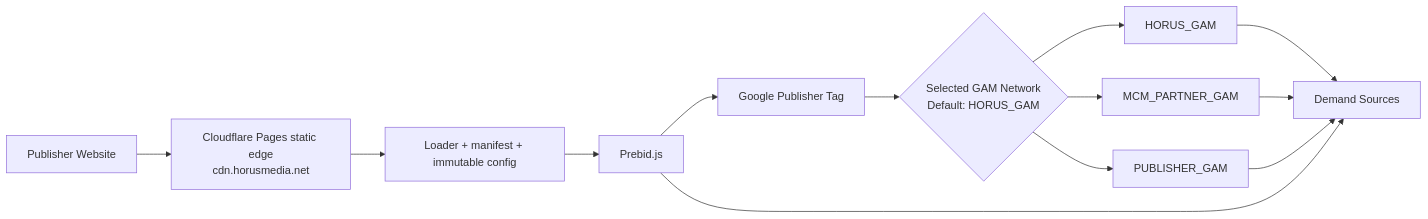
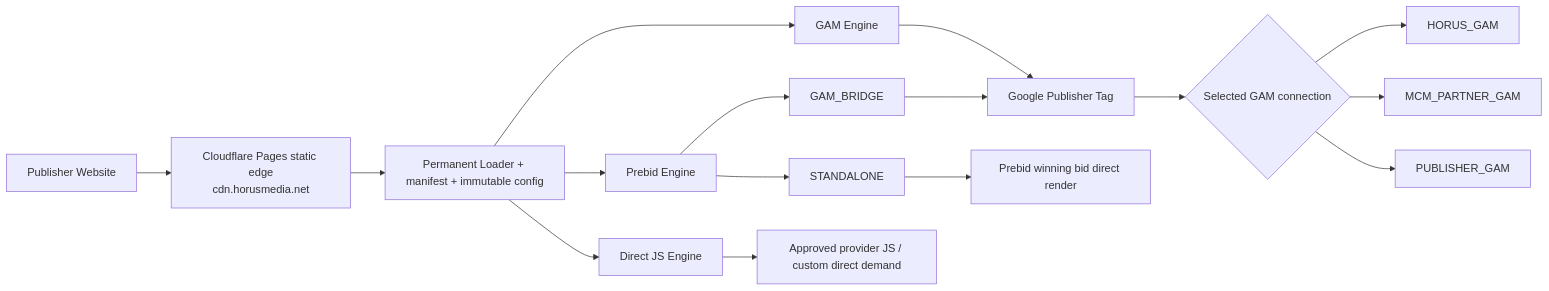
One commit to eltx1/hm01 changed the first of 5 diagrams in docs/ARCHITECTURE.md. Above: the diagram before and after it, drawn with Mermaid. The commit also changed other lines of this file, not shown here.

Commit message:
Task 13: establish multi-engine runtime topology

```diff
--- a/docs/ARCHITECTURE.md
+++ b/docs/ARCHITECTURE.md
@@ -9,15 +13,21 @@
 ~~~mermaid
 flowchart LR
     A["Publisher Website"] --> B["Cloudflare Pages static edge<br/>cdn.horusmedia.net"]
-    B --> J["Loader + manifest + immutable config"]
-    J --> C["Prebid.js"]
-    C --> D["Google Publisher Tag"]
-    D --> E{"Selected GAM Network<br/>Default: HORUS_GAM"}
+    B --> J["Permanent Loader + manifest + immutable config"]
+    J --> GAM["GAM Engine"]
+    J --> PB["Prebid Engine"]
+    J --> JS["Direct JS Engine"]
+
+    GAM --> GPT["Google Publisher Tag"]
+    GPT --> E{"Selected GAM connection"}
     E --> F["HORUS_GAM"]
     E --> G["MCM_PARTNER_GAM"]
     E --> H["PUBLISHER_GAM"]
-    F --> I["Demand Sources"]
-    G --> I
-    H --> I
-    C --> I
+
+    PB --> PBG["GAM_BRIDGE"]
+    PBG --> GPT
+    PB --> PBS["STANDALONE"]
+    PBS --> W["Prebid winning bid direct render"]
+
+    JS --> N["Approved provider JS / custom direct demand"]
 ~~~
```
